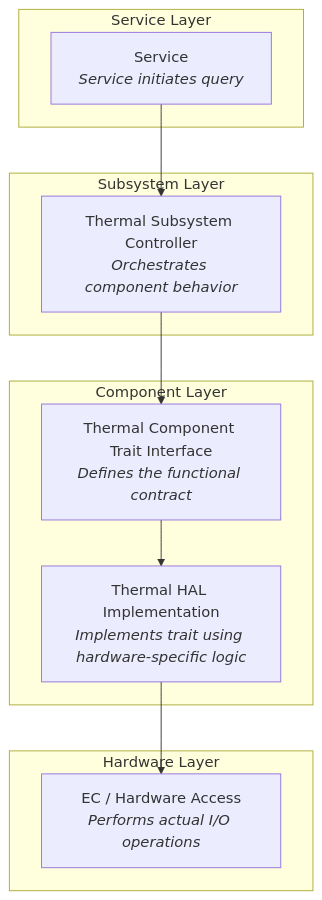
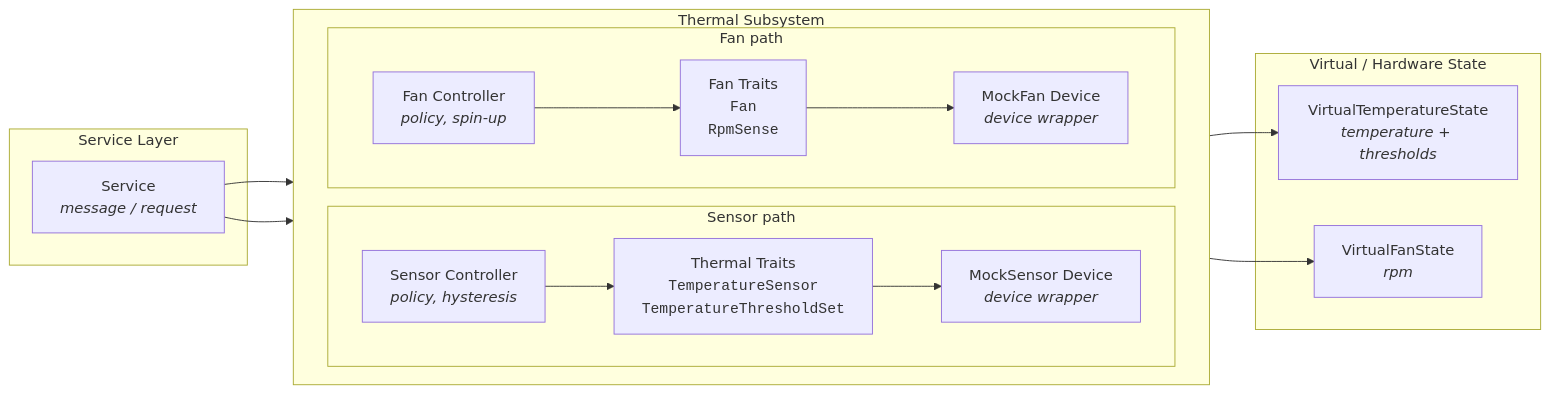
Before and after one commit to tremho/odp-documentation: the diagram in guide_book/src/how/ec/thermal/4-diagrams.md, drawn with Mermaid. The commit also changed other lines of this file and 37 other files, not shown here.

````diff
--- a/guide_book/src/how/ec/thermal/4-diagrams.md
+++ b/guide_book/src/how/ec/thermal/4-diagrams.md
@@ -9,30 +10,39 @@
 ```mermaid
-flowchart TD
-    A[Service<br><i>Service initiates query</i>]
-    B[Thermal Subsystem Controller<br><i>Orchestrates component behavior</i>]
-    C[Thermal Component Trait Interface<br><i>Defines the functional contract</i>]
-    D[Thermal HAL Implementation<br><i>Implements trait using hardware-specific logic</i>]
-    E[EC / Hardware Access<br><i>Performs actual I/O operations</i>]
+flowchart LR
+  %% overall left-to-right so the two lanes sit side-by-side
+  %% ─────────────────────────────────────────────────────────
 
-    A --> B
-    B --> C
-    C --> D
-    D --> E
+  subgraph SVC[Service Layer]
+    svc[Service<br/><i>message / request</i>]
+  end
 
-    subgraph Service Layer
-        A
+  subgraph SUBSYS[Thermal Subsystem]
+    direction LR
+
+    %% ── Sensor lane ───────────────────────────────────────
+    subgraph SENSOR[Sensor path]
+      SC[Sensor Controller<br/><i>policy, hysteresis</i>]
+      ST[Thermal Traits<br/><code>TemperatureSensor</code><br/><code>TemperatureThresholdSet</code>]
+      SM[MockSensor Device<br/><i>device wrapper</i>]
     end
 
-    subgraph Subsystem Layer
-        B
+    %% ── Fan lane ──────────────────────────────────────────
+    subgraph FAN[Fan path]
+      FC[Fan Controller<br/><i>policy, spin-up</i>]
+      FT[Fan Traits<br/><code>Fan</code><br/><code>RpmSense</code>]
+      FM[MockFan Device<br/><i>device wrapper</i>]
     end
+  end
 
-    subgraph Component Layer
-        C
-        D
-    end
+  subgraph HW[Virtual / Hardware State]
+    HS[VirtualTemperatureState<br/><i>temperature + thresholds</i>]
+    HF[VirtualFanState<br/><i>rpm</i>]
+  end
 
-    subgraph Hardware Layer
-        E
-    end
+  %% wiring
+  svc --> SC
+  svc --> FC
+
+  SC --> ST --> SM --> HS
+  FC --> FT --> FM --> HF
 ```
````
